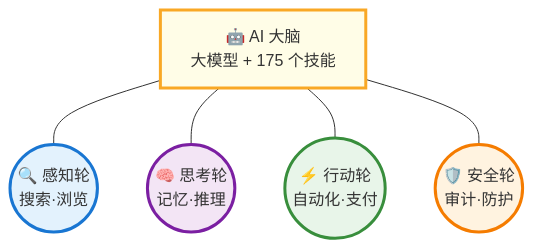
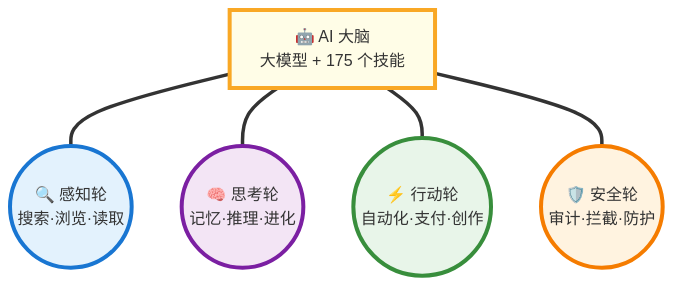
Before and after one commit to weininghui/skills: the first of 4 diagrams in README.md, drawn with Mermaid. The commit also changed other lines of this file, not shown here.

Commit message:
feat: enhance README selling points - badge showcase, 3 key numbers, before/after comparison diagram

````diff
--- a/README.md
+++ b/README.md
@@ -19,19 +20,19 @@
 ```mermaid
 graph TB
-    AI["🤖 AI 大脑<br/>大模型 + 175 个技能"]
-    W1(("🔍 感知轮<br/>搜索·浏览"))
-    W2(("🧠 思考轮<br/>记忆·推理"))
-    W3(("⚡ 行动轮<br/>自动化·支付"))
-    W4(("🛡️ 安全轮<br/>审计·防护"))
+    AI["🤖 AI 大脑<br/>大模型 + 175 个技能"] 
+    W1(("🔍 感知轮<br/>搜索·浏览·读取"))
+    W2(("🧠 思考轮<br/>记忆·推理·进化"))
+    W3(("⚡ 行动轮<br/>自动化·支付·创作"))
+    W4(("🛡️ 安全轮<br/>审计·拦截·防护"))
 
-    AI --- W1
-    AI --- W2
-    AI --- W3
-    AI --- W4
+    AI === W1
+    AI === W2
+    AI === W3
+    AI === W4
 
-    style AI fill:#FFFDE7,stroke:#F9A825,stroke-width:3px
-    style W1 fill:#E3F2FD,stroke:#1976D2,stroke-width:3px
-    style W2 fill:#F3E5F5,stroke:#7B1FA2,stroke-width:3px
-    style W3 fill:#E8F5E9,stroke:#388E3C,stroke-width:3px
-    style W4 fill:#FFF3E0,stroke:#F57C00,stroke-width:3px
+    style AI fill:#FFFDE7,stroke:#F9A825,stroke-width:4px
+    style W1 fill:#E3F2FD,stroke:#1976D2,stroke-width:4px
+    style W2 fill:#F3E5F5,stroke:#7B1FA2,stroke-width:4px
+    style W3 fill:#E8F5E9,stroke:#388E3C,stroke-width:4px
+    style W4 fill:#FFF3E0,stroke:#F57C00,stroke-width:4px
 ```
````
